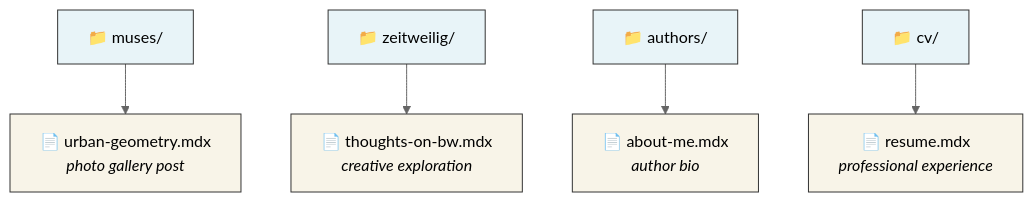
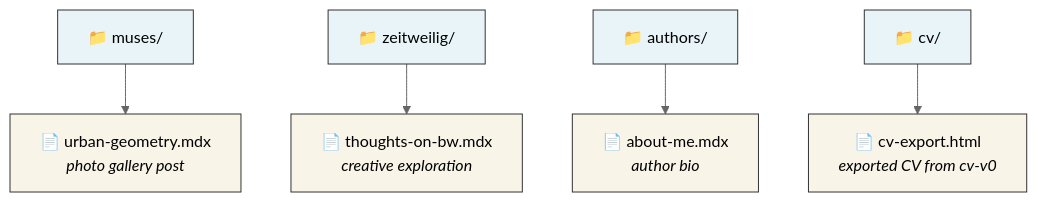
The sixth of 9 diagrams in README.md (erfianugrah/revista-3), drawn with Mermaid (neutral theme) before and after one commit. The commit also changed other lines of this file and 4 other files, not shown here.

First line of the commit message:
feat: rewrite CV page to import cv-v0 HTML export, fix 404 serving

````diff
--- a/README.md
+++ b/README.md
@@ -313,16 +313,16 @@
 ```mermaid
 graph TD
     classDef contentType fill:#e8f4f8,stroke:#333,stroke-width:1px
     classDef mdFile fill:#f8f4e8,stroke:#333,stroke-width:1px
 
     D["📁 muses/"] --> L["📄 urban-geometry.mdx<br><i>photo gallery post</i>"]
 
     E["📁 zeitweilig/"] --> M["📄 thoughts-on-bw.mdx<br><i>creative exploration</i>"]
 
     F["📁 authors/"] --> N["📄 about-me.mdx<br><i>author bio</i>"]
 
-    G["📁 cv/"] --> O["📄 resume.mdx<br><i>professional experience</i>"]
+    G["📁 cv/"] --> O["📄 cv-export.html<br><i>exported CV from cv-v0</i>"]
 
     class D,E,F,G contentType
     class L,M,N,O mdFile
 ```
````
